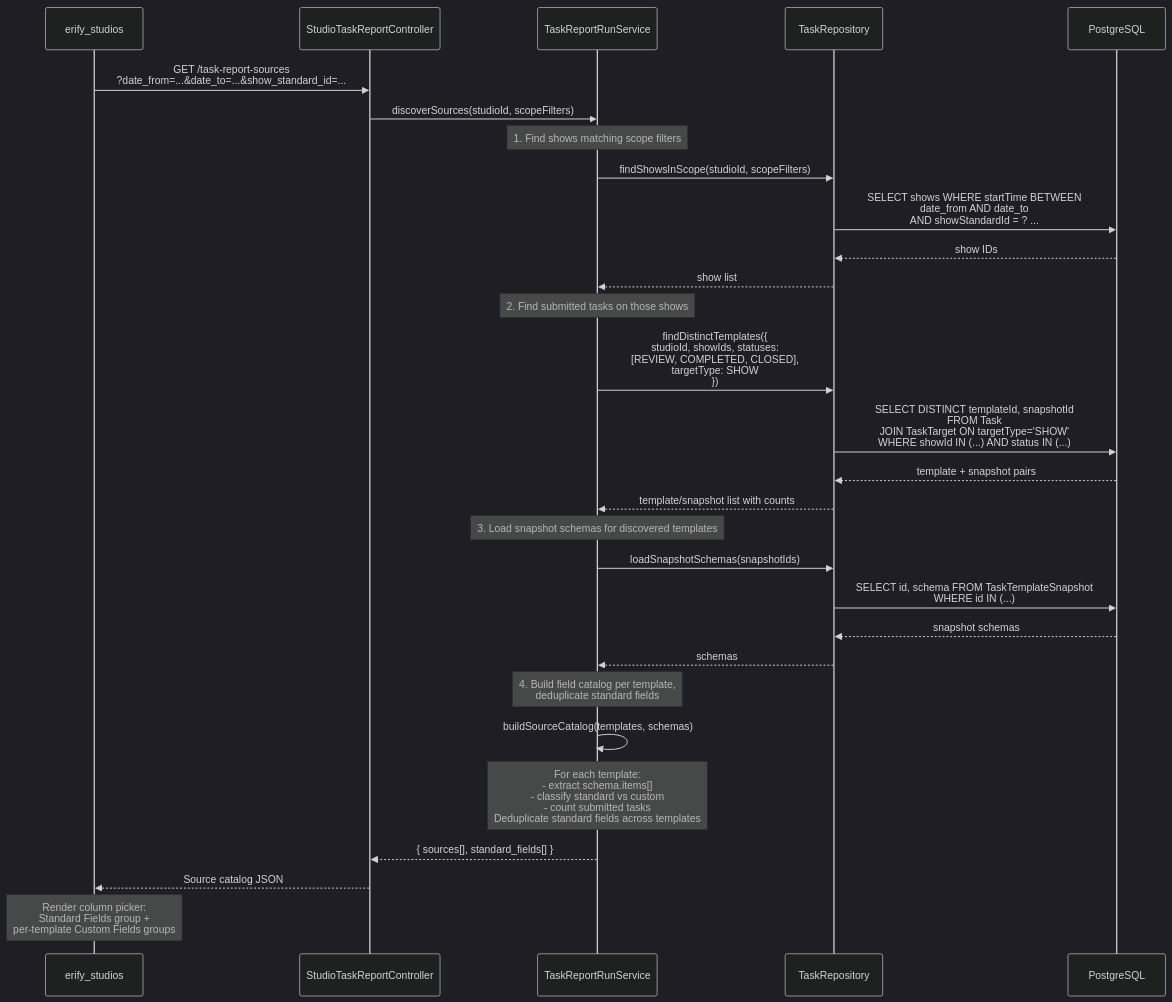
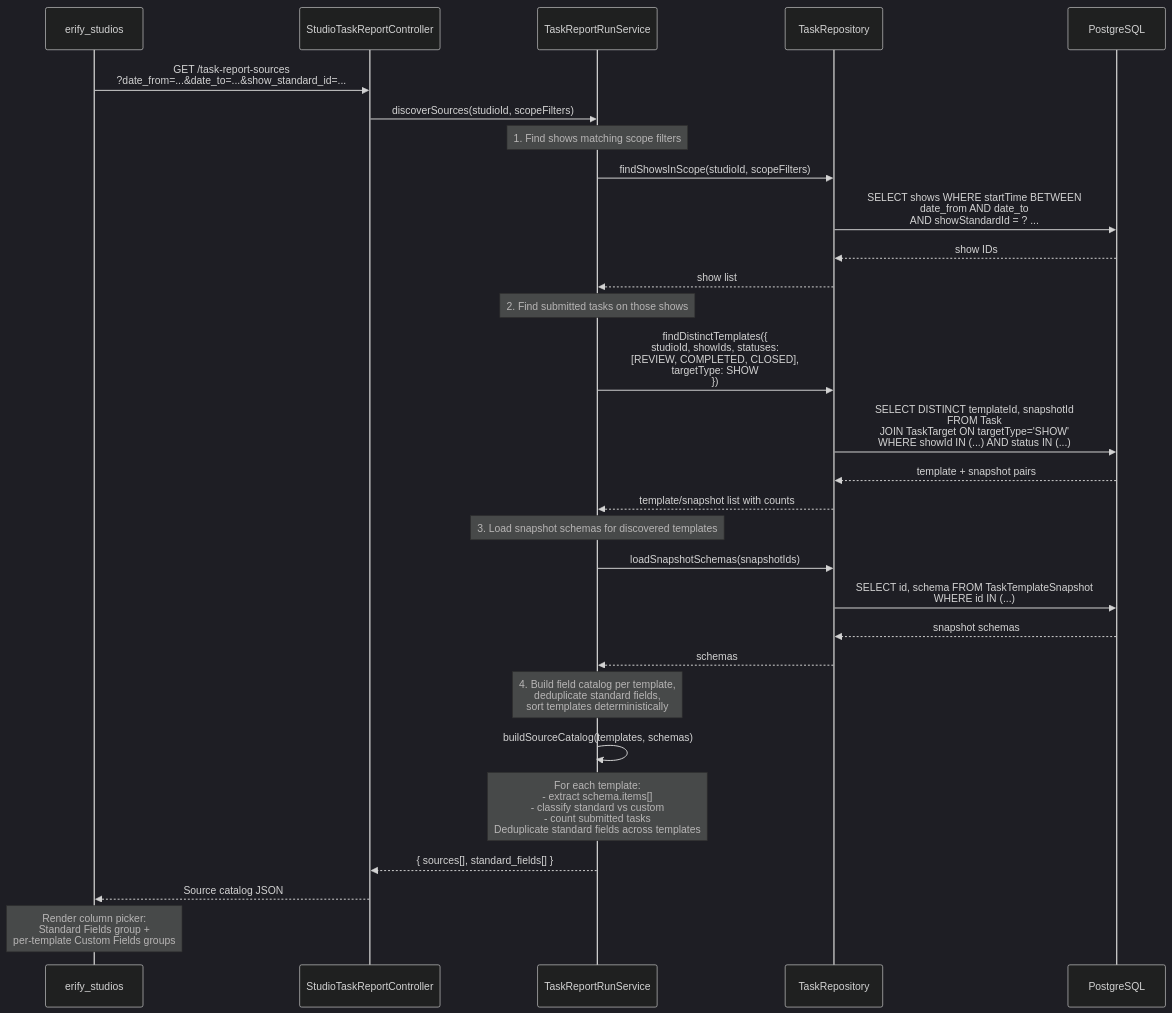
Before and after one commit to allenlin90/eridu-services: the second of 4 diagrams in apps/erify_api/docs/design/TASK_SUBMISSION_REPORTING_DESIGN.md, drawn with Mermaid (dark theme). The commit also changed other lines of this file and 8 other files, not shown here.

````diff
--- a/apps/erify_api/docs/design/TASK_SUBMISSION_REPORTING_DESIGN.md
+++ b/apps/erify_api/docs/design/TASK_SUBMISSION_REPORTING_DESIGN.md
@@ -563,37 +563,37 @@
 ```mermaid
 sequenceDiagram
     participant FE as erify_studios
     participant Ctrl as StudioTaskReportController
     participant QS as TaskReportRunService
     participant TaskRepo as TaskRepository
     participant DB as PostgreSQL
 
     FE->>Ctrl: GET /task-report-sources<br/>?date_from=...&date_to=...&show_standard_id=...
     Ctrl->>QS: discoverSources(studioId, scopeFilters)
 
     Note over QS: 1. Find shows matching scope filters
     QS->>TaskRepo: findShowsInScope(studioId, scopeFilters)
     TaskRepo->>DB: SELECT shows WHERE startTime BETWEEN<br/>date_from AND date_to<br/>AND showStandardId = ? ...
     DB-->>TaskRepo: show IDs
     TaskRepo-->>QS: show list
 
     Note over QS: 2. Find submitted tasks on those shows
     QS->>TaskRepo: findDistinctTemplates({<br/>  studioId, showIds, statuses:<br/>  [REVIEW, COMPLETED, CLOSED],<br/>  targetType: SHOW<br/>})
     TaskRepo->>DB: SELECT DISTINCT templateId, snapshotId<br/>FROM Task<br/>JOIN TaskTarget ON targetType='SHOW'<br/>WHERE showId IN (...) AND status IN (...)
     DB-->>TaskRepo: template + snapshot pairs
     TaskRepo-->>QS: template/snapshot list with counts
 
     Note over QS: 3. Load snapshot schemas for discovered templates
     QS->>TaskRepo: loadSnapshotSchemas(snapshotIds)
     TaskRepo->>DB: SELECT id, schema FROM TaskTemplateSnapshot<br/>WHERE id IN (...)
     DB-->>TaskRepo: snapshot schemas
     TaskRepo-->>QS: schemas
 
-    Note over QS: 4. Build field catalog per template,<br/>deduplicate standard fields
+    Note over QS: 4. Build field catalog per template,<br/>deduplicate standard fields,<br/>sort templates deterministically
     QS->>QS: buildSourceCatalog(templates, schemas)
     Note over QS: For each template:<br/>- extract schema.items[]<br/>- classify standard vs custom<br/>- count submitted tasks<br/>Deduplicate standard fields across templates
 
     QS-->>Ctrl: { sources[], standard_fields[] }
     Ctrl-->>FE: Source catalog JSON
     Note over FE: Render column picker:<br/>Standard Fields group +<br/>per-template Custom Fields groups
 ```
````
